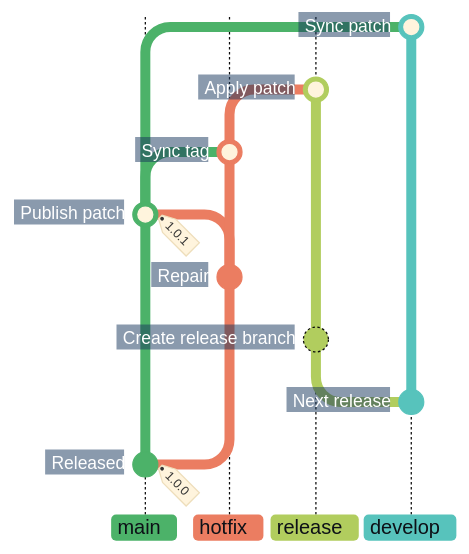
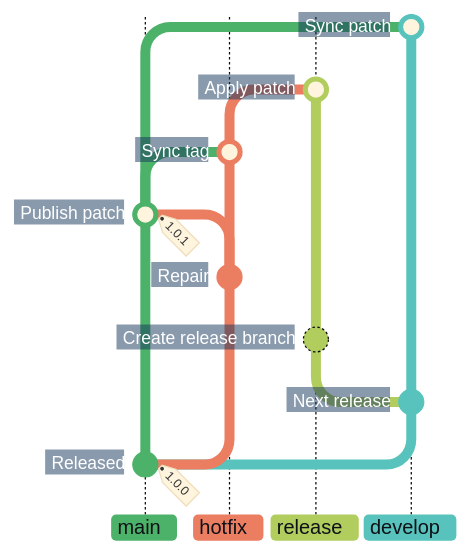
Before and after one commit to superhero/operations.superduper.solutions: the second of 3 diagrams in docs/adr/cicd.md, drawn with Mermaid. The commit also changed other lines of this file, not shown here.

Commit message:
docs: derive develop from main in the hotfix graph

````diff
--- a/docs/adr/cicd.md
+++ b/docs/adr/cicd.md
@@ -87,29 +87,27 @@
 ```mermaid
 %%{init: {"theme": "base", "themeCSS": "line.branch { stroke: #8B949E; stroke-width: 1px; stroke-dasharray: 1 4; stroke-linecap: round; } .branchLabel, .tag-label { font-weight: 700; } .tag-label-bkg, .commit-label-bkg { opacity: 0.9; } .tag-label-bkg { fill: #B8E6C4; stroke: #8ED3A2; } .branchLabelBkg { opacity: 1; clip-path: inset(0 8px 0 0 round 4px) fill-box; } .commit-labels g:last-of-type { visibility: hidden; } .commit-labels g { transform-box: fill-box; transform-origin: calc(100% + 17px) calc(50% + 2px); transform: rotate(-10deg); } .commit-label { font-weight: 700; transform: translateX(-8px); } .commit-label-bkg { stroke: #17365D; stroke-width: 20px; transform: translateX(-5px); clip-path: polygon(-4px -4px, calc(100% + 4px) -4px, calc(100% + 10px) 50%, calc(100% + 4px) calc(100% + 4px), -4px calc(100% + 4px)) fill-box; } .commit.branch { stroke: #B1CD5E; stroke-dasharray: none; }", "gitGraph": {"showCommitLabel": true, "rotateCommitLabel": false}, "themeVariables": {
     "commitLabelFontSize": "14px", "commitLabelColor": "#FFFFFF", "commitLabelBackground": "#17365D",
     "git0": "#4CB269", "gitBranchLabel0": "#0D1117",
     "git1": "#EB7D61", "gitBranchLabel1": "#0D1117",
     "git2": "#B1CD5E", "gitBranchLabel2": "#0D1117",
     "git3": "#57C3BC", "gitBranchLabel3": "#0D1117"
 }}}%%
 gitGraph BT:
     %% In BT order, the initial commit note is the last label group; its tag stays visible.
+    commit id: "Released" tag: "1.0.0"
     branch develop order: 3
-    checkout main
-    commit id: "Released" tag: "1.0.0"
-    checkout develop
     commit id: "Next release"
     branch "release" order: 2
     commit id: "Create release branch"
     checkout main
     branch "hotfix" order: 1
     commit id: "Repair"
     checkout main
     merge "hotfix" id: "Publish patch" tag: "1.0.1"
     checkout "hotfix"
     merge main id: "Sync tag"
     checkout "release"
     merge "hotfix" id: "Apply patch"
     checkout develop
     merge main id: "Sync patch"
 ```
````
